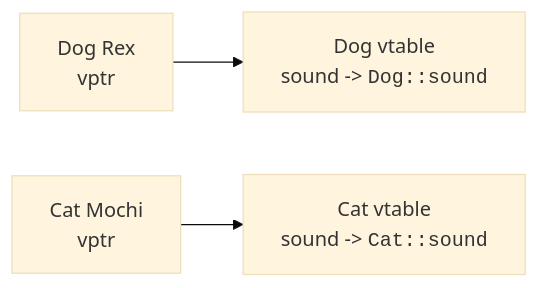
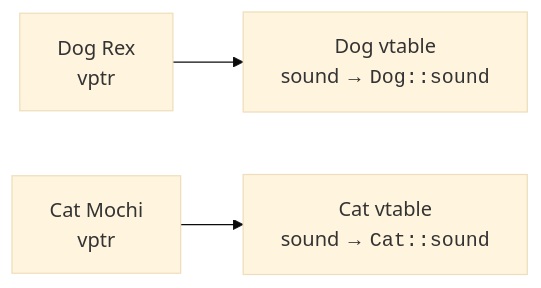
Before and after one commit to dataslope/dataslope: the second of 2 diagrams in content/courses/from-zero-to-cpp/inheritance-and-polymorphism.mdx, drawn with Mermaid (base theme). The commit also changed 26 other files, not shown here.

````diff
--- a/content/courses/from-zero-to-cpp/inheritance-and-polymorphism.mdx
+++ b/content/courses/from-zero-to-cpp/inheritance-and-polymorphism.mdx
@@ -138,5 +138,5 @@
 ```mermaid
 flowchart LR
-    O1[Dog Rex<br/>vptr] --> VTD["Dog vtable<br/>sound -> <code>Dog::sound</code>"]
-    O2[Cat Mochi<br/>vptr] --> VTC["Cat vtable<br/>sound -> <code>Cat::sound</code>"]
+    O1[Dog Rex<br/>vptr] --> VTD["Dog vtable<br/>sound → <code>Dog::sound</code>"]
+    O2[Cat Mochi<br/>vptr] --> VTC["Cat vtable<br/>sound → <code>Cat::sound</code>"]
 ```
````
